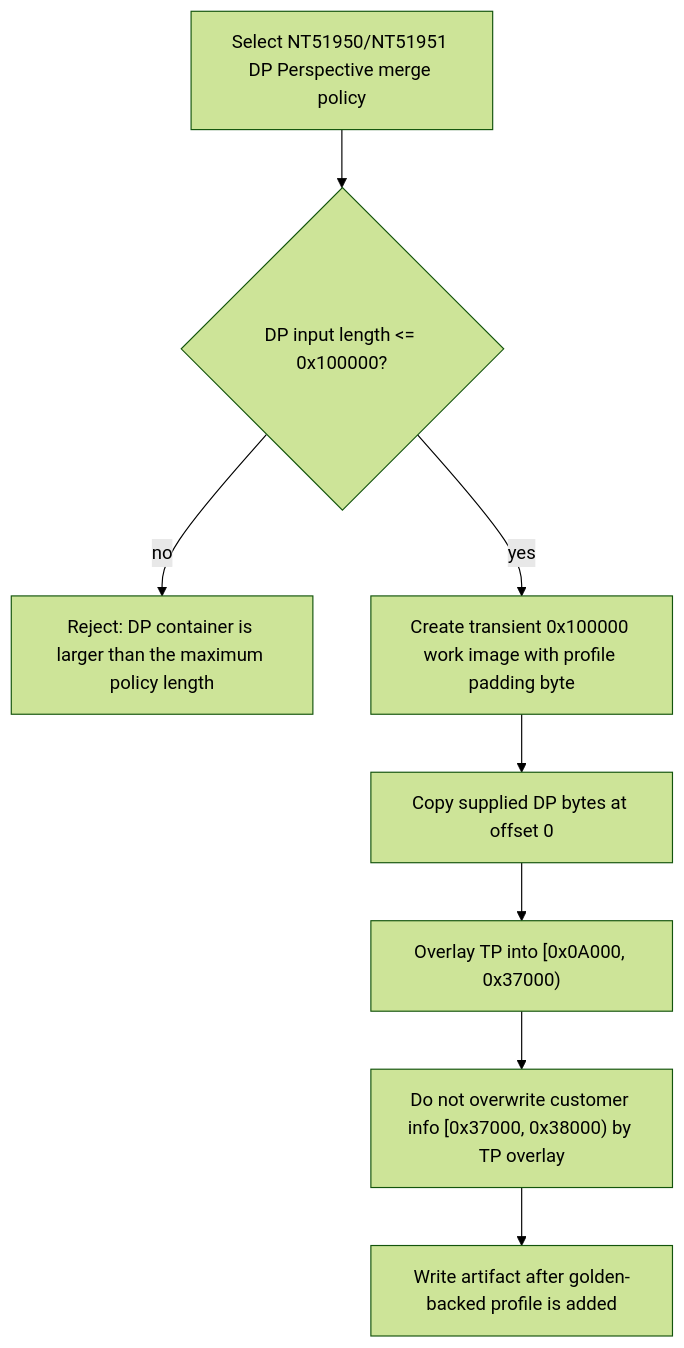
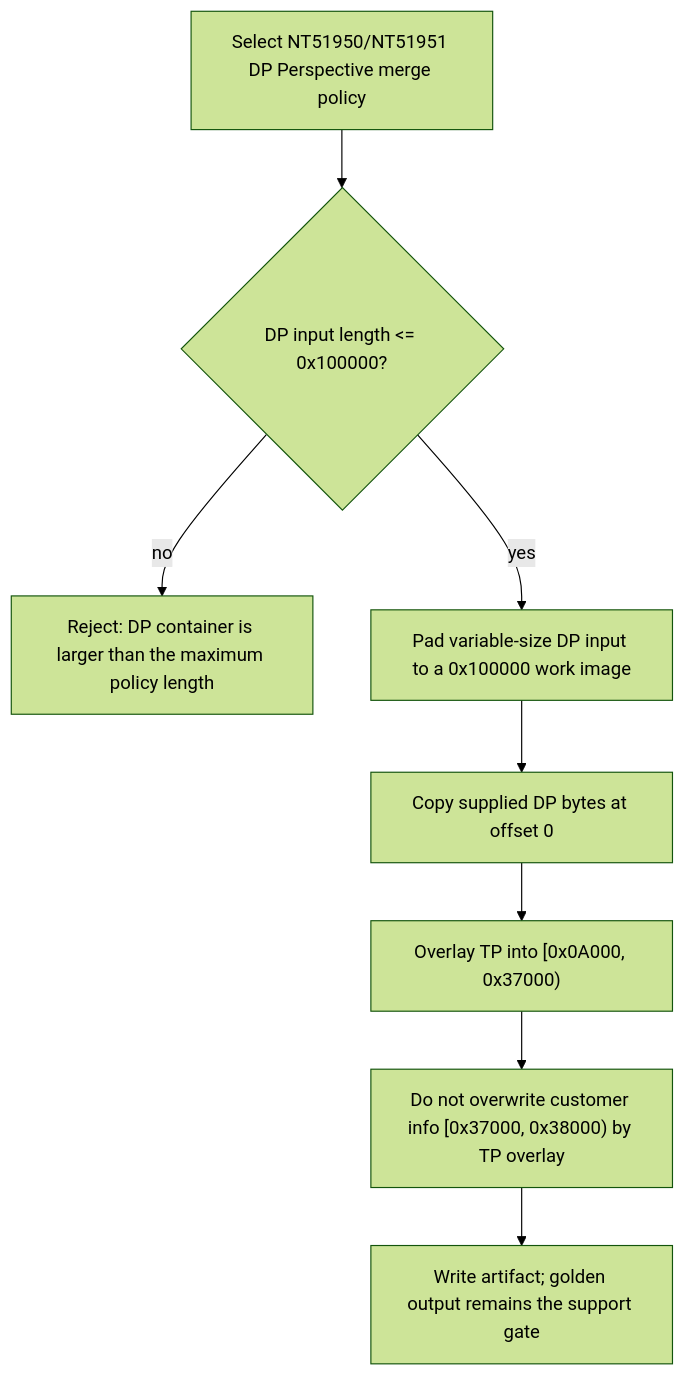
The fourth of 12 diagrams in docs/architecture/ic-workflow-flowcharts.md (Dennis40816/nvt_fw_combiner), drawn with Mermaid (forest theme) before and after one commit. The commit also changed other lines of this file and 36 other files, not shown here.

````diff
--- a/docs/architecture/ic-workflow-flowcharts.md
+++ b/docs/architecture/ic-workflow-flowcharts.md
@@ -90,10 +107,10 @@
 ```mermaid
 flowchart TD
     A["Select NT51950/NT51951 DP Perspective merge policy"] --> B{"DP input length <= 0x100000?"}
     B -- "no" --> C["Reject: DP container is larger than the maximum policy length"]
-    B -- "yes" --> D["Create transient 0x100000 work image with profile padding byte"]
+    B -- "yes" --> D["Pad variable-size DP input to a 0x100000 work image"]
     D --> E["Copy supplied DP bytes at offset 0"]
     E --> F["Overlay TP into [0x0A000, 0x37000)"]
     F --> G["Do not overwrite customer info [0x37000, 0x38000) by TP overlay"]
-    G --> H["Write artifact after golden-backed profile is added"]
+    G --> H["Write artifact; golden output remains the support gate"]
 ```
````
